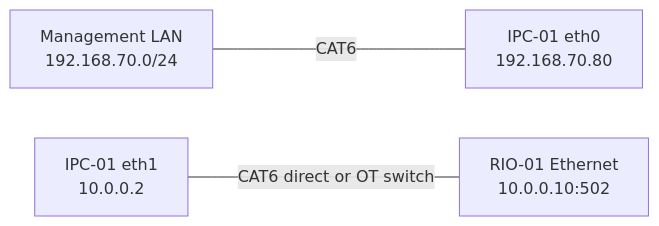
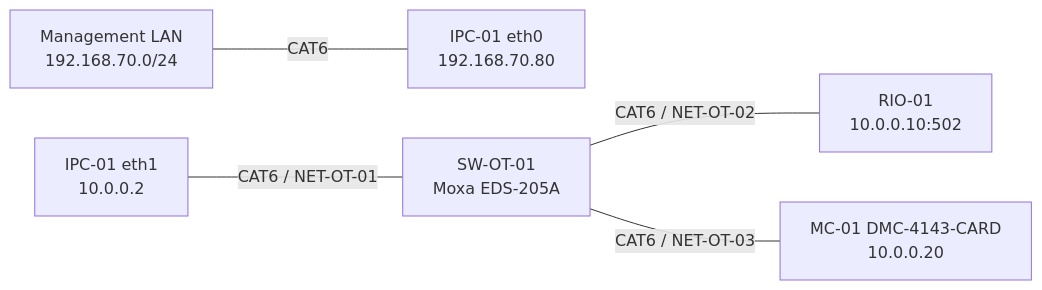
One commit to prongnaruebest/NaritVendingMachine changed the first of 2 diagrams in docs/IRIV_WIRING.md. Above: the diagram before and after it, drawn with Mermaid. The commit also changed other lines of this file and 81 other files, not shown here.

````diff
--- a/docs/IRIV_WIRING.md
+++ b/docs/IRIV_WIRING.md
@@ -41,5 +52,7 @@
 ```mermaid
 flowchart LR
     LAN["Management LAN\n192.168.70.0/24"] ---|"CAT6"| ETH0["IPC-01 eth0\n192.168.70.80"]
-    ETH1["IPC-01 eth1\n10.0.0.2"] ---|"CAT6 direct or OT switch"| RIO["RIO-01 Ethernet\n10.0.0.10:502"]
+    ETH1["IPC-01 eth1\n10.0.0.2"] ---|"CAT6 / NET-OT-01"| SW["SW-OT-01\nMoxa EDS-205A"]
+    SW ---|"CAT6 / NET-OT-02"| RIO["RIO-01\n10.0.0.10:502"]
+    SW ---|"CAT6 / NET-OT-03"| MC["MC-01 DMC-4143-CARD\n10.0.0.20"]
 ```
````
